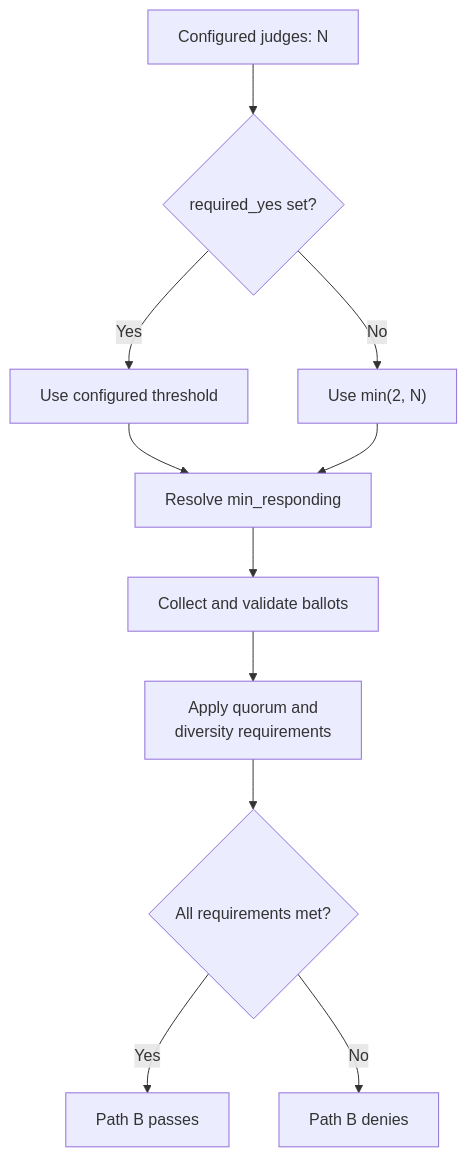
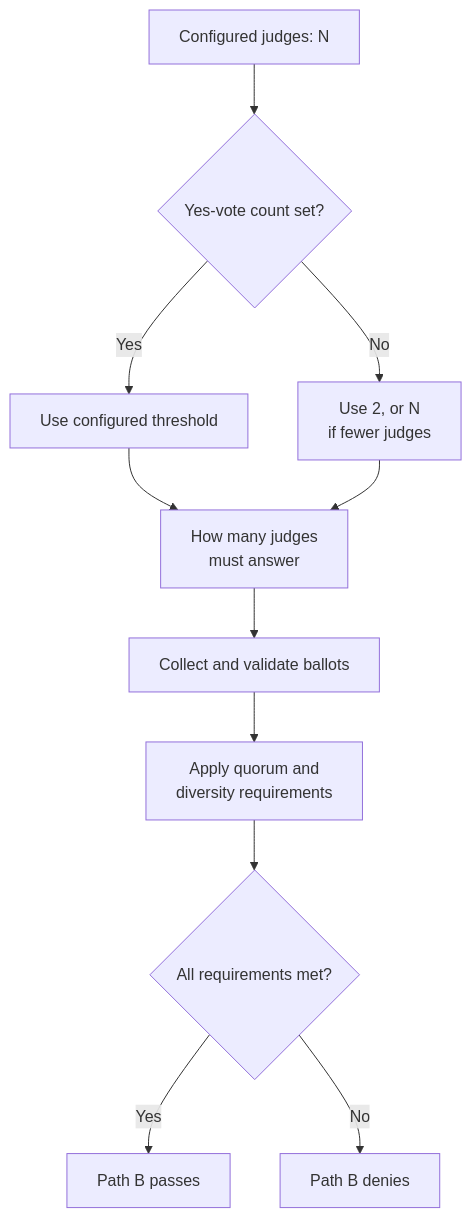
One commit to Insomniac-VibeLabs/two-key changed the second of 4 diagrams in docs/JUDGES_AND_QUORUM.md. Above: the diagram before and after it, drawn with Mermaid. The commit also changed other lines of this file and 7 other files, not shown here.

First line of the commit message:
Docs: diagram labels use plain words instead of code names

````diff
--- a/docs/JUDGES_AND_QUORUM.md
+++ b/docs/JUDGES_AND_QUORUM.md
@@ -73,13 +73,13 @@
 ```mermaid
 flowchart TD
-    A["Configured judges: N"] --> B{"required_yes set?"}
+    A["Configured judges: N"] --> B{"Yes-vote count set?"}
     B -->|Yes| C["Use configured threshold"]
-    B -->|No| D["Use min(2, N)"]
-    C --> E["Resolve min_responding"]
+    B -->|No| D["Use 2, or N<br/>if fewer judges"]
+    C --> E["How many judges<br/>must answer"]
     D --> E
     E --> F["Collect and validate ballots"]
     F --> G["Apply quorum and<br/>diversity requirements"]
     G --> H{"All requirements met?"}
     H -->|Yes| I["Path B passes"]
     H -->|No| J["Path B denies"]
 ```
````
